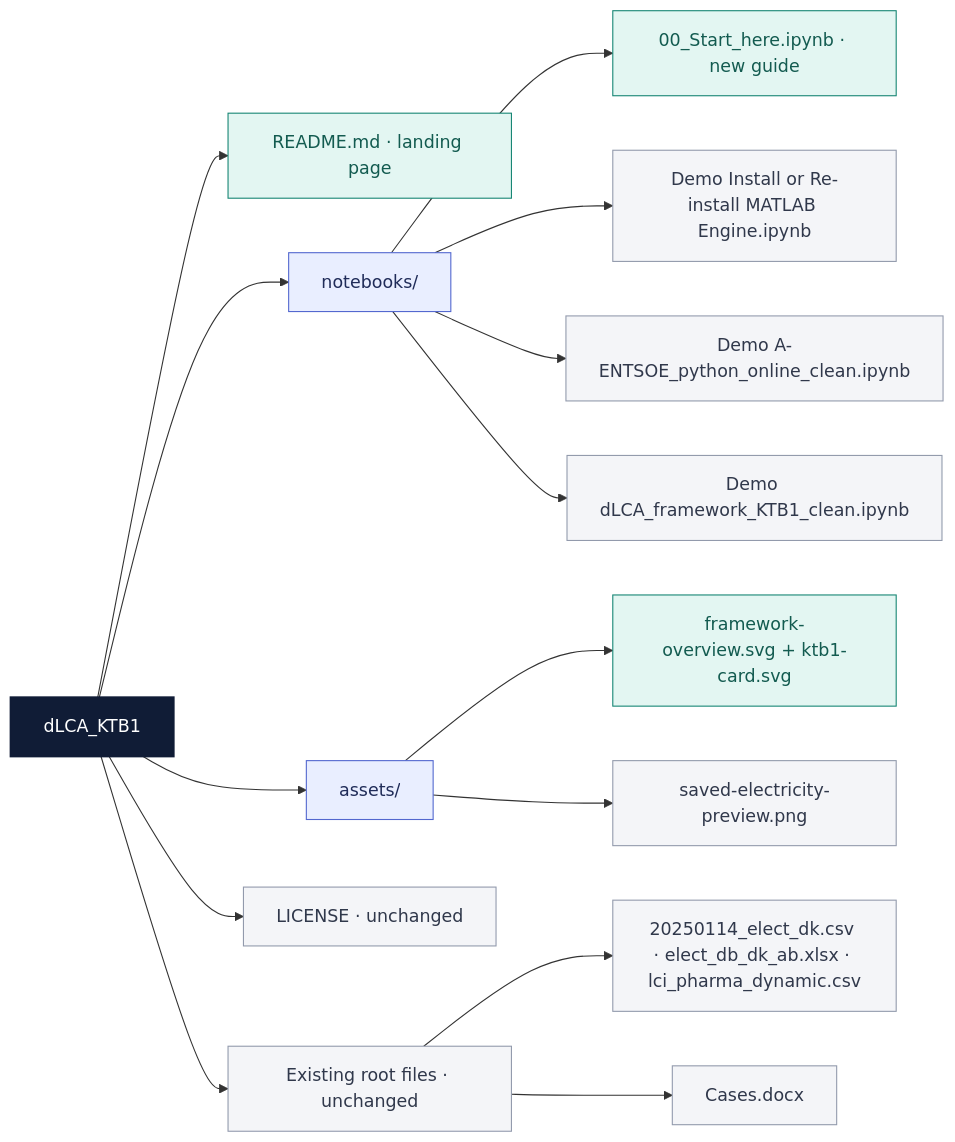
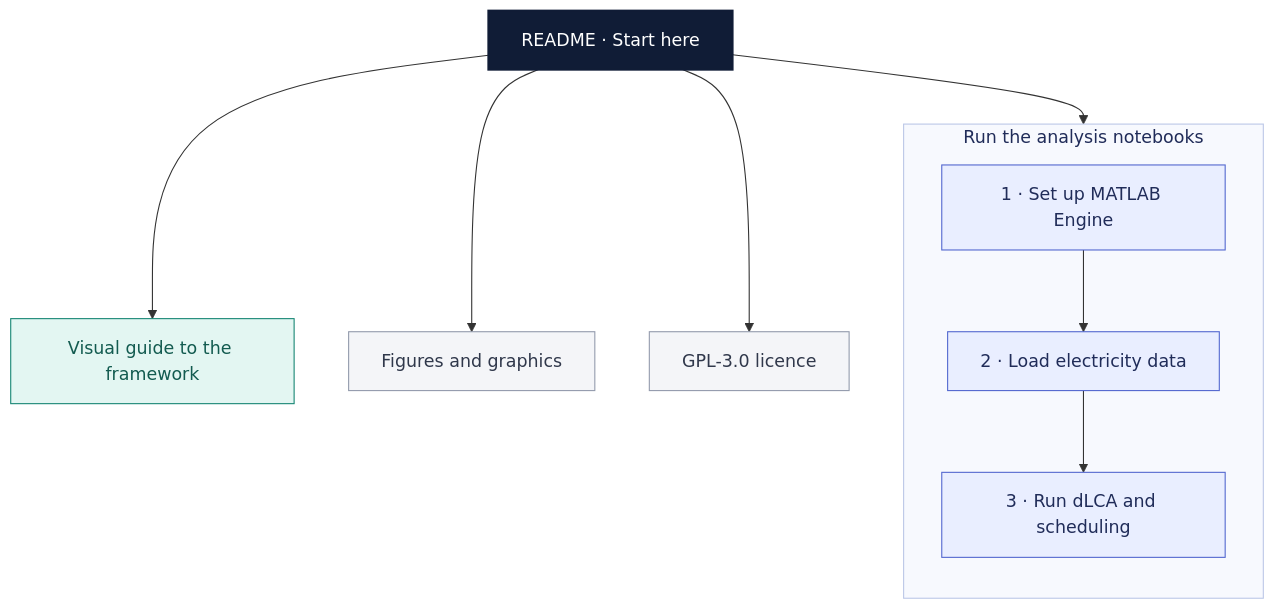
One commit to AdaRobinsonMedici/dLCA_KTB1 changed the diagram in README.md. Above: the diagram before and after it, drawn with Mermaid. The commit also changed other lines of this file and 7 other files, not shown here.

````diff
--- a/README.md
+++ b/README.md
@@ -77,21 +67,23 @@
 ```mermaid
-flowchart LR
-    R["dLCA_KTB1"]:::root
-    R --> HOME["README.md · landing page"]:::guide
-    R --> NB["notebooks/"]:::folder
-    R --> AS["assets/"]:::folder
-    R --> LIC["LICENSE · unchanged"]:::original
-    R --> EXIST["Existing root files · unchanged"]:::original
-    NB --> START["00_Start_here.ipynb · new guide"]:::guide
-    NB --> N1["Demo Install or Re-install MATLAB Engine.ipynb"]:::original
-    NB --> N2["Demo A-ENTSOE_python_online_clean.ipynb"]:::original
-    NB --> N3["Demo dLCA_framework_KTB1_clean.ipynb"]:::original
-    AS --> SVG["framework-overview.svg + ktb1-card.svg"]:::guide
-    AS --> PNG["saved-electricity-preview.png"]:::original
-    EXIST --> DATA["20250114_elect_dk.csv · elect_db_dk_ab.xlsx · lci_pharma_dynamic.csv"]:::original
-    EXIST --> CASES["Cases.docx"]:::original
-    classDef root fill:#101C36,stroke:#101C36,color:#FFFFFF,stroke-width:2px;
-    classDef folder fill:#E9EEFF,stroke:#5267CF,color:#202C59;
+flowchart TD
+    README["README · Start here"]:::start
+    GUIDE["Visual guide to the framework"]:::guide
+    subgraph RUN["Run the analysis notebooks"]
+        direction TB
+        SETUP["1 · Set up MATLAB Engine"]:::notebook
+        DATA["2 · Load electricity data"]:::notebook
+        DLCA["3 · Run dLCA and scheduling"]:::notebook
+        SETUP --> DATA --> DLCA
+    end
+    ASSETS["Figures and graphics"]:::support
+    LIC["GPL-3.0 licence"]:::support
+    README --> GUIDE
+    README --> SETUP
+    README --> ASSETS
+    README --> LIC
+    classDef start fill:#101C36,stroke:#101C36,color:#FFFFFF,stroke-width:2px;
     classDef guide fill:#E3F6F2,stroke:#158573,color:#135B50;
-    classDef original fill:#F4F5F8,stroke:#929AAC,color:#30384B;
+    classDef notebook fill:#E9EEFF,stroke:#5267CF,color:#202C59;
+    classDef support fill:#F4F5F8,stroke:#929AAC,color:#30384B;
+    style RUN fill:#F7F9FE,stroke:#BBC7E7,color:#202C59;
 ```
````
